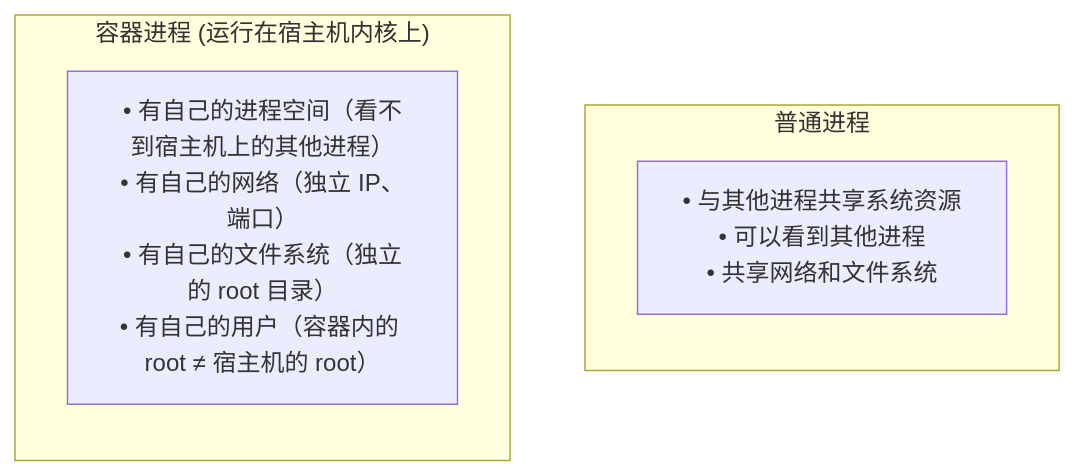
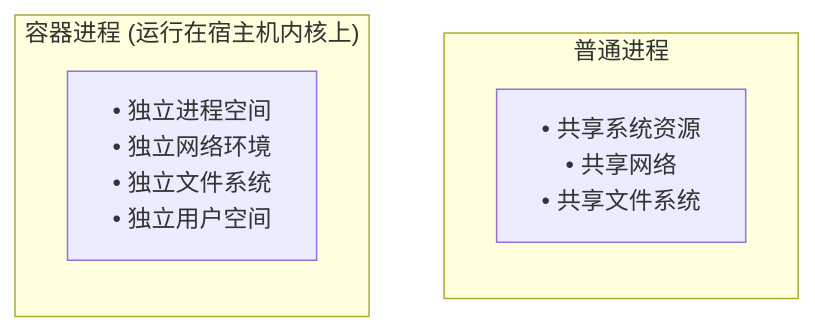
Before and after one commit to yeasy/docker_practice: the first of 4 diagrams in 02_basic_concept/2.2_container.md, drawn with Mermaid. The commit also changed other lines of this file and 24 other files, not shown here.

````diff
--- a/02_basic_concept/2.2_container.md
+++ b/02_basic_concept/2.2_container.md
@@ -17,12 +17,12 @@
 ```mermaid
 flowchart TD
     subgraph NormalProcess ["普通进程"]
         direction TB
-        N1["• 与其他进程共享系统资源<br/>• 可以看到其他进程<br/>• 共享网络和文件系统"]
+        N1["• 共享系统资源<br/>• 共享网络<br/>• 共享文件系统"]
     end
     
     subgraph ContainerProcess ["容器进程 (运行在宿主机内核上)"]
         direction TB
-        C1["• 有自己的进程空间（看不到宿主机上的其他进程）<br/>• 有自己的网络（独立 IP、端口）<br/>• 有自己的文件系统（独立的 root 目录）<br/>• 有自己的用户（容器内的 root ≠ 宿主机的 root）"]
+        C1["• 独立进程空间<br/>• 独立网络环境<br/>• 独立文件系统<br/>• 独立用户空间"]
     end
 ```
````
